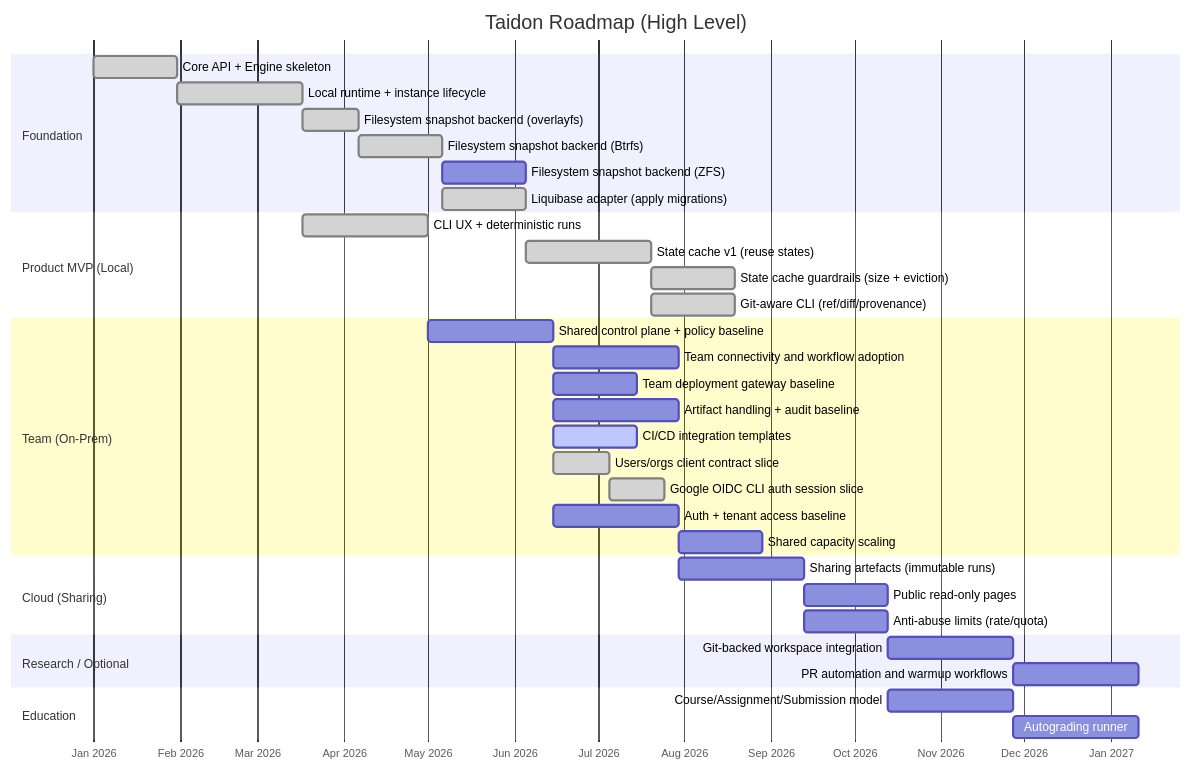
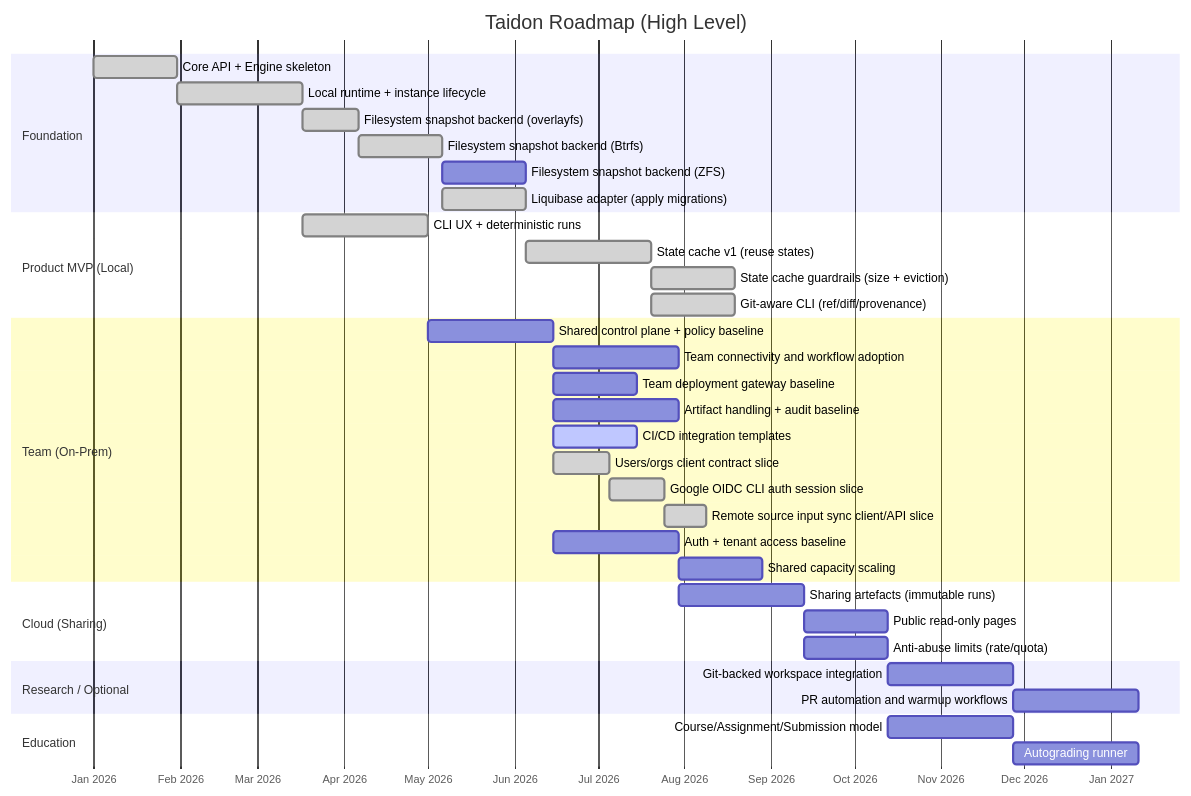
Before and after one commit to kimak-irmagi/taidon: the diagram in docs/roadmap.md, drawn with Mermaid. The commit also changed other lines of this file and 23 other files, not shown here.

````diff
--- a/docs/roadmap.md
+++ b/docs/roadmap.md
@@ -27,44 +27,45 @@
 ```mermaid
 gantt
     title Taidon Roadmap (High Level)
     dateFormat  YYYY-MM-DD
     axisFormat  %b %Y
 
     section Foundation
     Core API + Engine skeleton                 :done, a1, 2026-01-01, 30d
     Local runtime + instance lifecycle         :done, a2, after a1, 45d
     Filesystem snapshot backend (overlayfs)    :done, a2fs, after a2, 20d
     Filesystem snapshot backend (Btrfs)        :done, a2b, after a2fs, 30d
     Filesystem snapshot backend (ZFS)          :a2z, after a2b, 30d
     Liquibase adapter (apply migrations)       :done, a3, after a2b, 30d
 
     section Product MVP (Local)
     CLI UX + deterministic runs                :done, b2, after a2, 45d
     State cache v1 (reuse states)              :done, b3, after a3, 45d
     State cache guardrails (size + eviction)   :done, b3g, after b3, 30d
     Git-aware CLI (ref/diff/provenance)        :done, b4, after b3, 30d
 
     section Team (On-Prem)
     Shared control plane + policy baseline     :c1, after b2, 45d
     Team connectivity and workflow adoption    :c0, after c1, 45d
     Team deployment gateway baseline           :c6, after c1, 30d
     Artifact handling + audit baseline         :c2, after c1, 45d
     CI/CD integration templates                :active, c3, after c1, 30d
     Users/orgs client contract slice           :done, c4a, after c1, 20d
     Google OIDC CLI auth session slice         :done, c4b, after c4a, 20d
+    Remote source input sync client/API slice  :done, c4c, after c4b, 15d
     Auth + tenant access baseline              :c4, after c1, 45d
     Shared capacity scaling                    :c5, after c2, 30d
 
     section Cloud (Sharing)
     Sharing artefacts (immutable runs)         :d1, after c2, 45d
     Public read-only pages                     :d2, after d1, 30d
     Anti-abuse limits (rate/quota)             :d3, after d1, 30d
 
     section Research / Optional
     Git-backed workspace integration           :o1, after d2, 45d
     PR automation and warmup workflows         :o2, after o1, 45d
 
     section Education
     Course/Assignment/Submission model         :e1, after d2, 45d
     Autograding runner                         :e2, after e1, 45d
 ```
````
